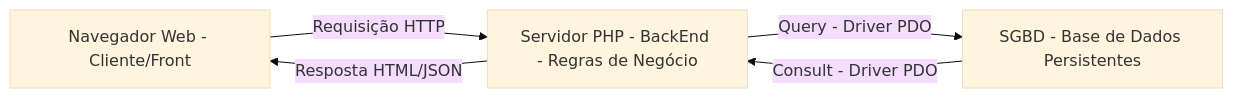
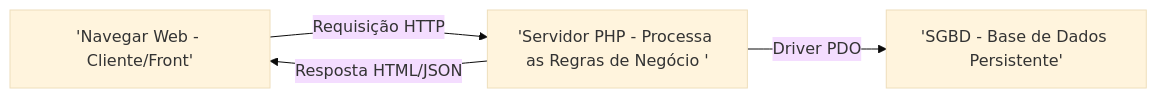
The tenth of 14 diagrams in README.md (FelipeScalfi/BackEnd), drawn with Mermaid (base theme) before and after one commit. The commit also changed other lines of this file and 29 other files, not shown here.

````diff
--- a/README.md
+++ b/README.md
@@ -1139,11 +1131,10 @@
 ```mermaid
 flowchart LR
-    navegador[Navegador Web - Cliente/Front]
-    servidor[Servidor PHP - BackEnd - Regras de Negócio]
-    banco[SGBD - Base de Dados Persistentes]
+    navegador['Navegar Web - Cliente/Front']
+    servidor['Servidor PHP - Processa as Regras de Negócio ']
+    banco['SGBD - Base de Dados Persistente'] 
 
     navegador --> |"Requisição HTTP"| servidor
-    servidor --> |"Query - Driver PDO"| banco
-    banco --> |"Consult - Driver PDO"| servidor
+    servidor --> |"Driver PDO"| banco
     servidor --> |"Resposta HTML/JSON"| navegador
 ```
````
